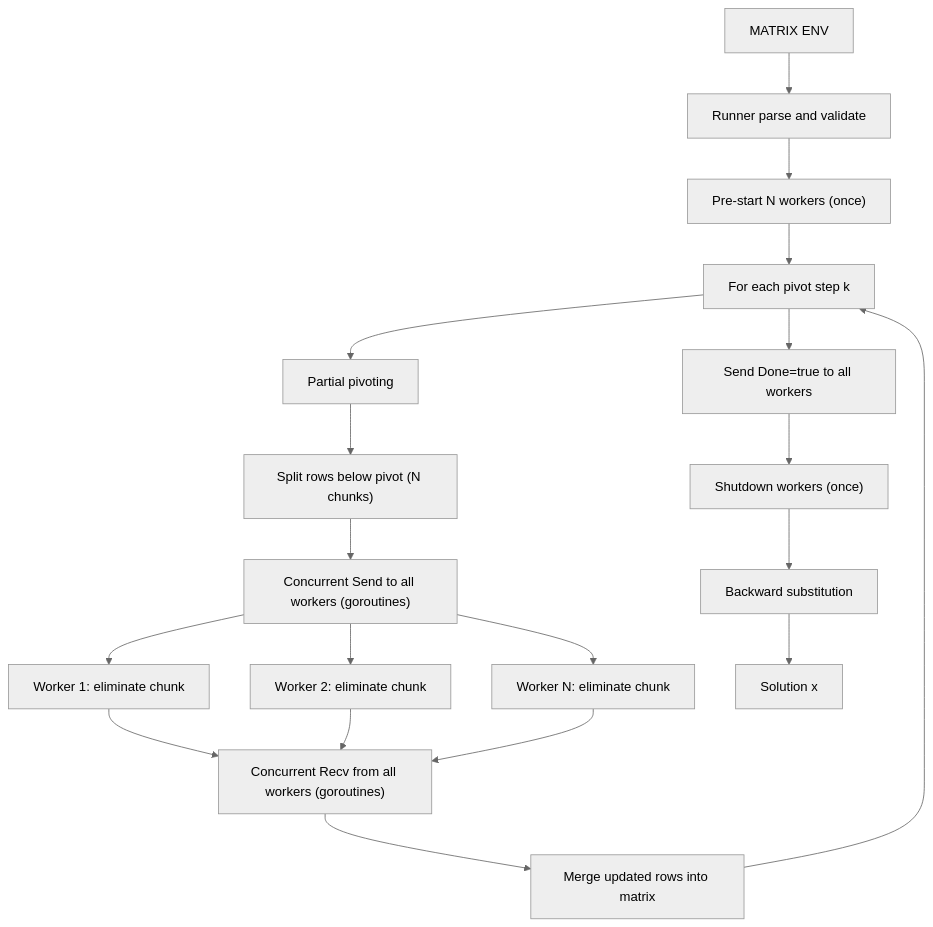
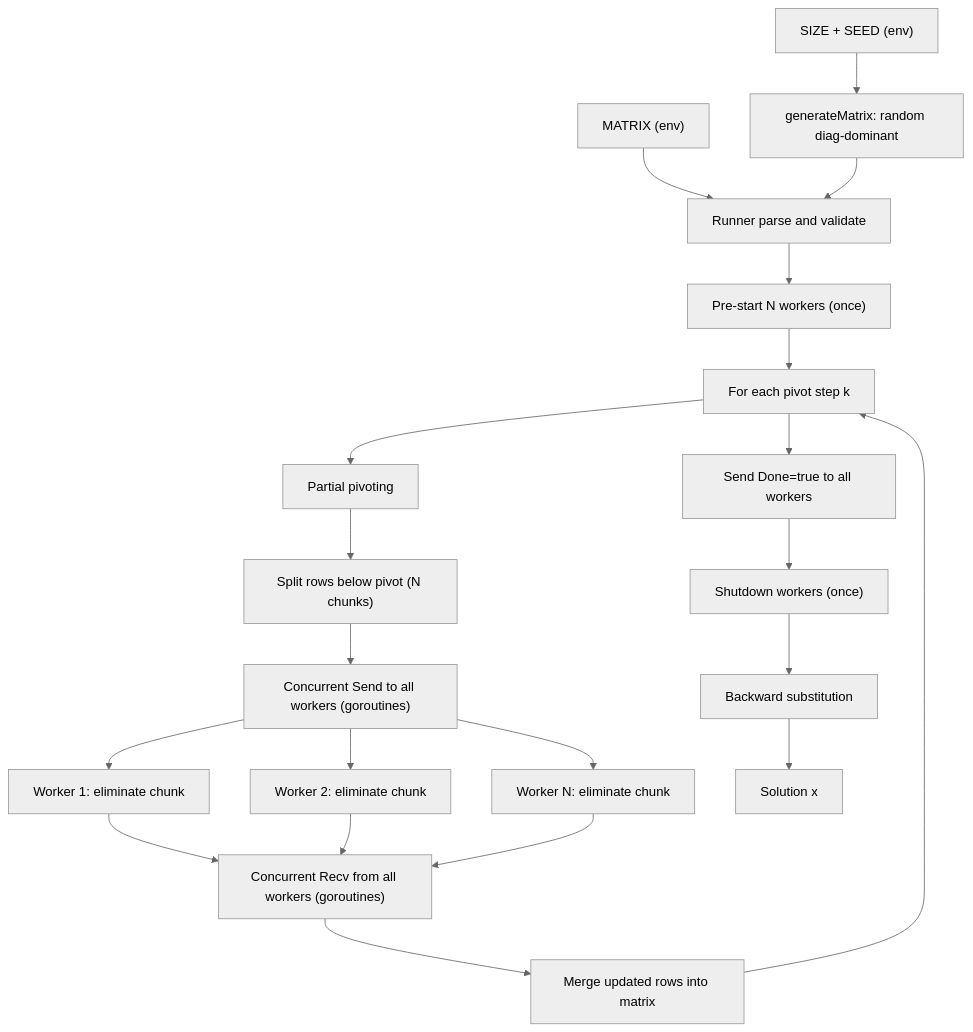
Before and after one commit to pidoprygora/parcs-lab-go: the diagram in docs/algorithm.md, drawn with Mermaid (neutral theme). The commit also changed other lines of this file and 8 other files, not shown here.

````diff
--- a/docs/algorithm.md
+++ b/docs/algorithm.md
@@ -90,21 +102,23 @@
 ```mermaid
 flowchart TD
-    inputMatrix[MATRIX ENV] --> runnerParse[Runner parse and validate]
+    inputMatrix["MATRIX (env)"] --> runnerParse[Runner parse and validate]
+    inputSize["SIZE + SEED (env)"] --> generateMatrix[generateMatrix: random diag-dominant]
+    generateMatrix --> runnerParse
     runnerParse --> preStart["Pre-start N workers (once)"]
     preStart --> stepLoop[For each pivot step k]
     stepLoop --> pivoting[Partial pivoting]
     pivoting --> split["Split rows below pivot (N chunks)"]
     split --> concurrentSend["Concurrent Send to all workers (goroutines)"]
     concurrentSend --> workerA[Worker 1: eliminate chunk]
     concurrentSend --> workerB[Worker 2: eliminate chunk]
     concurrentSend --> workerN[Worker N: eliminate chunk]
     workerA --> concurrentRecv["Concurrent Recv from all workers (goroutines)"]
     workerB --> concurrentRecv
     workerN --> concurrentRecv
     concurrentRecv --> merge[Merge updated rows into matrix]
     merge --> stepLoop
     stepLoop --> doneSignal["Send Done=true to all workers"]
     doneSignal --> shutdown["Shutdown workers (once)"]
     shutdown --> backSub[Backward substitution]
     backSub --> solution[Solution x]
 ```
````
